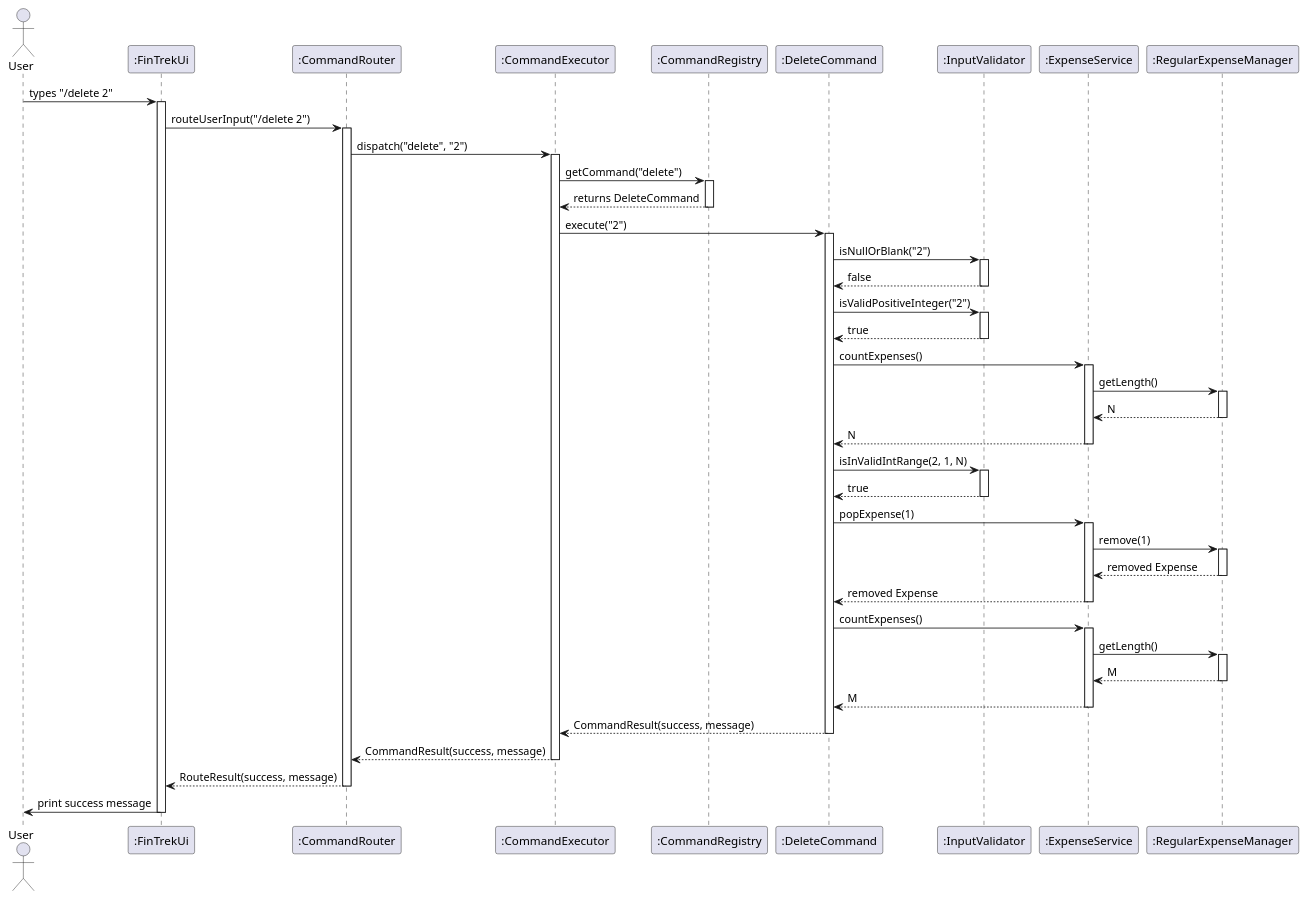
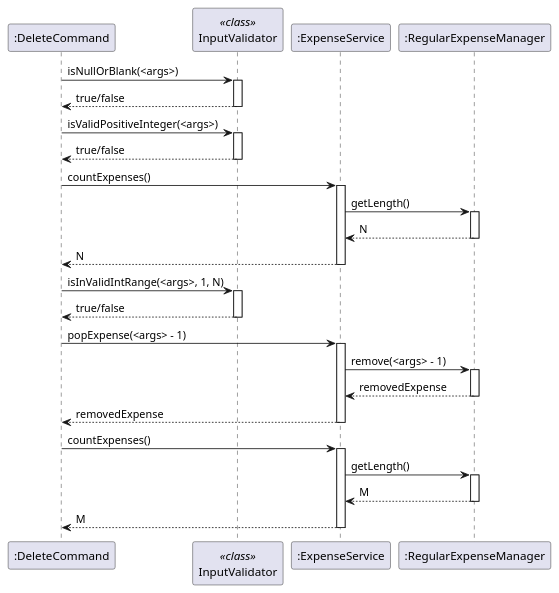
The diagram in docs/diagrams/sequence/delete.puml (randust/tp), drawn with PlantUML before and after one commit. The commit also changed 3 other files, not shown here.

Commit message:
Update delete sequence diagram

```diff
--- a/docs/diagrams/sequence/delete.puml
+++ b/docs/diagrams/sequence/delete.puml
@@ -1,82 +1,50 @@
-@startuml delete.puml
-actor User
-participant ":FinTrekUi" as FinTrek
-participant ":CommandRouter" as Router
-participant ":CommandExecutor" as Executor
-participant ":CommandRegistry" as Registry
+@startuml delete
+
 participant ":DeleteCommand" as DeleteCmd
-participant ":InputValidator" as Validator
+participant "InputValidator" as Validator <<class>>
 participant ":ExpenseService" as ExpenseSvc
 participant ":RegularExpenseManager" as RegExpMgr
 
-User -> FinTrek : types "/delete 2"
-activate FinTrek
-
-FinTrek -> Router : routeUserInput("/delete 2")
-activate Router
-
-Router -> Executor : dispatch("delete", "2")
-activate Executor
-
-Executor -> Registry : getCommand("delete")
-activate Registry
-Registry --> Executor : returns DeleteCommand
-deactivate Registry
-
-Executor -> DeleteCmd : execute("2")
-activate DeleteCmd
-
-DeleteCmd -> Validator : isNullOrBlank("2")
+DeleteCmd -> Validator : isNullOrBlank(<args>)
 activate Validator
-Validator --> DeleteCmd : false
+Validator --> DeleteCmd : true/false
 deactivate Validator
 
-DeleteCmd -> Validator : isValidPositiveInteger("2")
+DeleteCmd -> Validator : isValidPositiveInteger(<args>)
 activate Validator
-Validator --> DeleteCmd : true
+Validator --> DeleteCmd : true/false
 deactivate Validator
 
 DeleteCmd -> ExpenseSvc : countExpenses()
 activate ExpenseSvc
 ExpenseSvc -> RegExpMgr : getLength()
 activate RegExpMgr
 RegExpMgr --> ExpenseSvc : N
 deactivate RegExpMgr
 ExpenseSvc --> DeleteCmd : N
 deactivate ExpenseSvc
 
-DeleteCmd -> Validator : isInValidIntRange(2, 1, N)
+DeleteCmd -> Validator : isInValidIntRange(<args>, 1, N)
 activate Validator
-Validator --> DeleteCmd : true
+Validator --> DeleteCmd : true/false
 deactivate Validator
 
-DeleteCmd -> ExpenseSvc : popExpense(1)
+DeleteCmd -> ExpenseSvc : popExpense(<args> - 1)
 activate ExpenseSvc
-ExpenseSvc -> RegExpMgr : remove(1)
+ExpenseSvc -> RegExpMgr : remove(<args> - 1)
 activate RegExpMgr
-RegExpMgr --> ExpenseSvc : removed Expense
+RegExpMgr --> ExpenseSvc : removedExpense
 deactivate RegExpMgr
-ExpenseSvc --> DeleteCmd : removed Expense
+ExpenseSvc --> DeleteCmd : removedExpense
 deactivate ExpenseSvc
 
 DeleteCmd -> ExpenseSvc : countExpenses()
 activate ExpenseSvc
 ExpenseSvc -> RegExpMgr : getLength()
 activate RegExpMgr
 RegExpMgr --> ExpenseSvc : M
 deactivate RegExpMgr
 ExpenseSvc --> DeleteCmd : M
 deactivate ExpenseSvc
 
-DeleteCmd --> Executor : CommandResult(success, message)
-deactivate DeleteCmd
-
-Executor --> Router : CommandResult(success, message)
-deactivate Executor
-
-Router --> FinTrek : RouteResult(success, message)
-deactivate Router
-
-FinTrek -> User : print success message
-deactivate FinTrek
 @enduml
```
